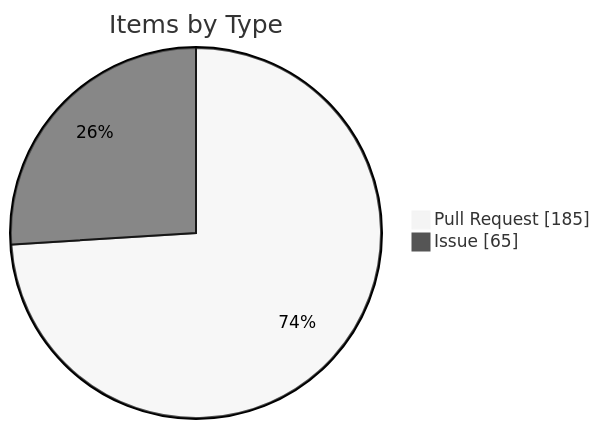
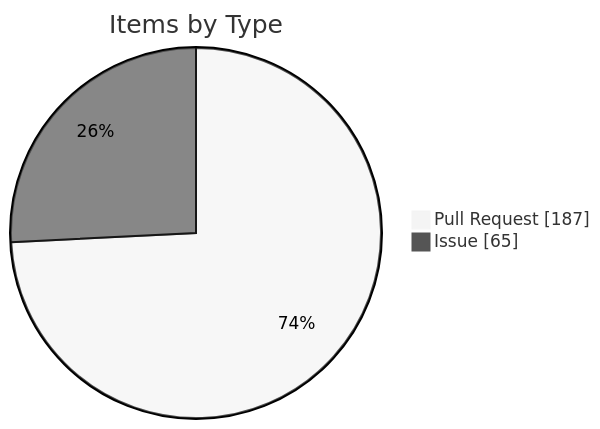
Before and after one commit to KBVE/kbve: the fourth of 4 diagrams in apps/kbve/astro-kbve/src/content/docs/dashboard/kanban-data.mdx, drawn with Mermaid (neutral theme). The commit also changed other lines of this file and 8 other files, not shown here.

````diff
--- a/apps/kbve/astro-kbve/src/content/docs/dashboard/kanban-data.mdx
+++ b/apps/kbve/astro-kbve/src/content/docs/dashboard/kanban-data.mdx
@@ -116,6 +116,6 @@
 ```mermaid
 pie showData
     title Items by Type
-    "Pull Request" : 185
+    "Pull Request" : 187
     "Issue" : 65
 ```
````
